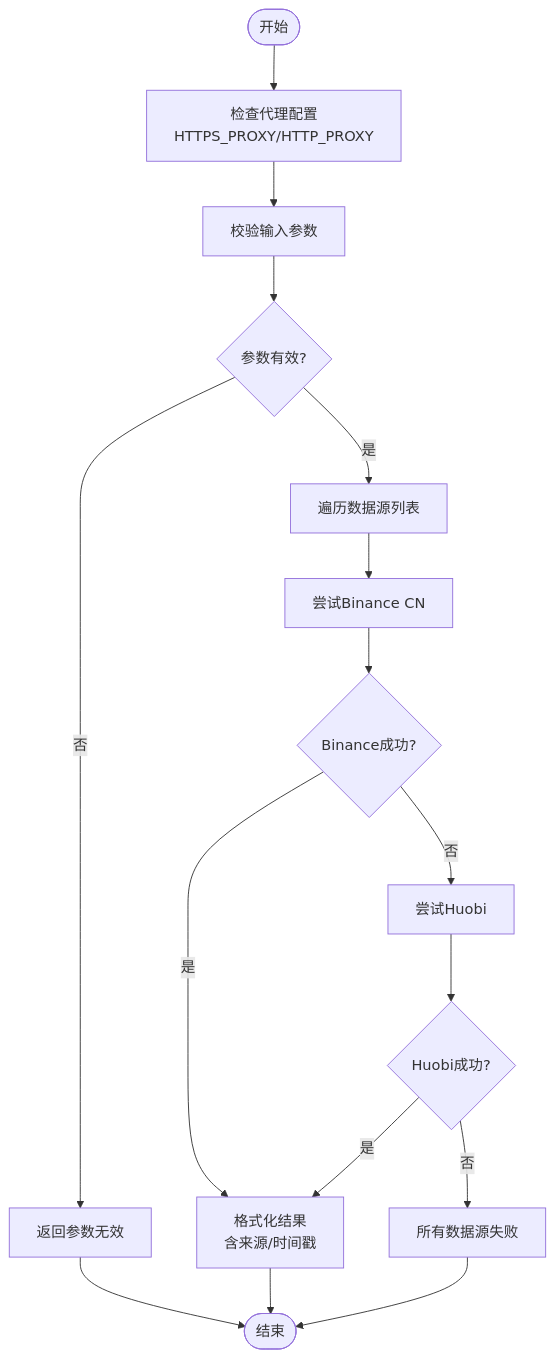
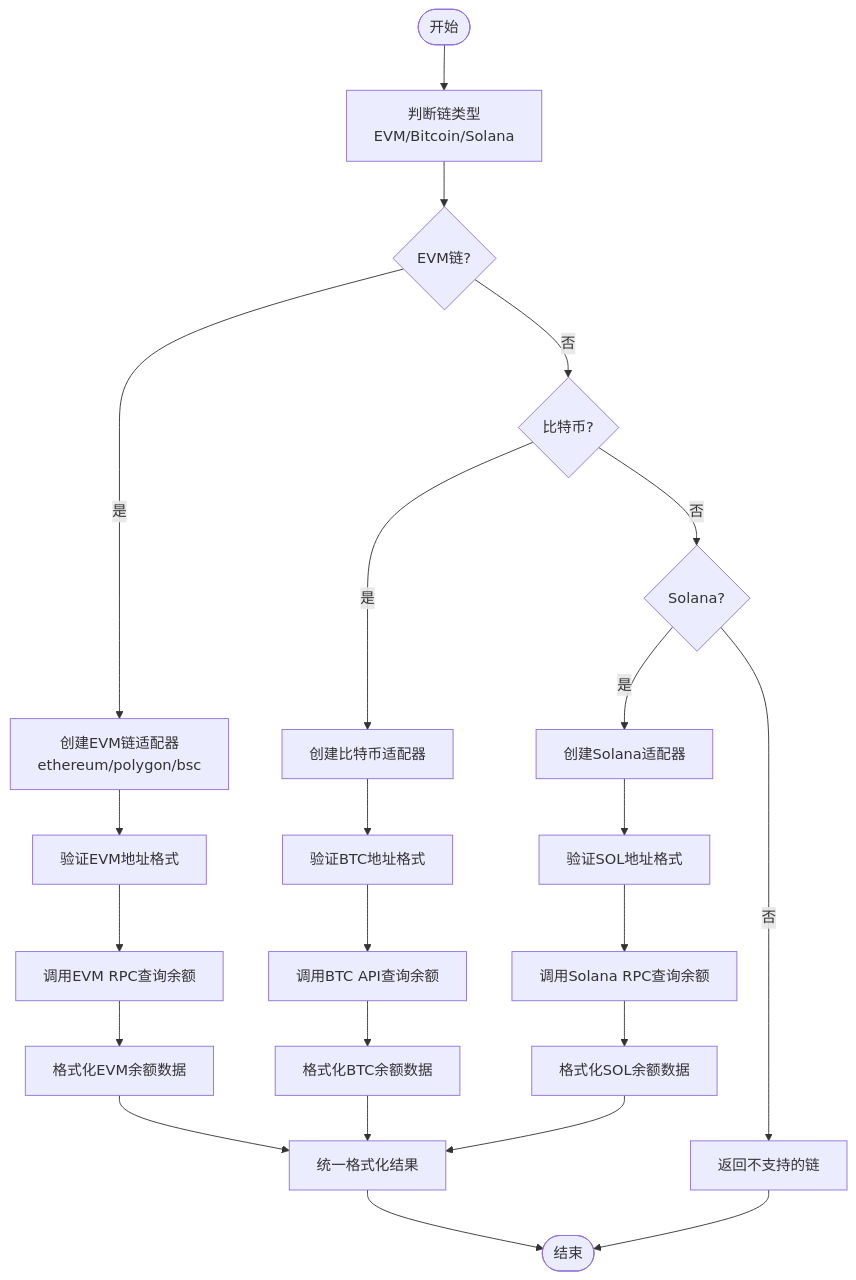
Before and after one commit to CryptoLinxu/Web3-AI-Agent: the fourth of 7 diagrams in .qoder/repowiki/zh/content/Web3工具集成/Web3工具集成.md, drawn with Mermaid. The commit also changed other lines of this file and 9 other files, not shown here.

````diff
--- a/.qoder/repowiki/zh/content/Web3工具集成/Web3工具集成.md
+++ b/.qoder/repowiki/zh/content/Web3工具集成/Web3工具集成.md
@@ -204,18 +240,25 @@
 ```mermaid
 flowchart TD
-Start(["开始"]) --> Proxy["检查代理配置<br/>HTTPS_PROXY/HTTP_PROXY"]
-Proxy --> Validate["校验输入参数"]
-Validate --> Valid{"参数有效?"}
-Valid --> |否| ErrParam["返回参数无效"]
-Valid --> |是| Loop["遍历数据源列表"]
-Loop --> TryBinance["尝试Binance CN"]
-TryBinance --> BinOk{"Binance成功?"}
-BinOk --> |是| Format["格式化结果<br/>含来源/时间戳"]
-BinOk --> |否| TryHuobi["尝试Huobi"]
-TryHuobi --> HuoOk{"Huobi成功?"}
-HuoOk --> |是| Format
-HuoOk --> |否| ErrAll["所有数据源失败"]
-ErrAll --> Done(["结束"])
-Format --> Done
-ErrParam --> Done
+Start(["开始"]) --> CheckChain["判断链类型<br/>EVM/Bitcoin/Solana"]
+CheckChain --> EVM{"EVM链?"}
+EVM --> |是| EVMAdapter["创建EVM链适配器<br/>ethereum/polygon/bsc"]
+EVM --> |否| Bitcoin{"比特币?"}
+Bitcoin --> |是| BTCAdapter["创建比特币适配器"]
+Bitcoin --> |否| Solana{"Solana?"}
+Solana --> |是| SOLAdapter["创建Solana适配器"]
+Solana --> |否| ErrChain["返回不支持的链"]
+EVMAdapter --> EVMValidate["验证EVM地址格式"]
+EVMValidate --> EVMQuery["调用EVM RPC查询余额"]
+EVMQuery --> EVMFormat["格式化EVM余额数据"]
+BTCAdapter --> BTCValidate["验证BTC地址格式"]
+BTCValidate --> BTCAPI["调用BTC API查询余额"]
+BTCAPI --> BTCFormat["格式化BTC余额数据"]
+SOLAdapter --> SOLValidate["验证SOL地址格式"]
+SOLValidate --> SOLRPC["调用Solana RPC查询余额"]
+SOLRPC --> SOLFormat["格式化SOL余额数据"]
+EVMFormat --> Format["统一格式化结果"]
+BTCFormat --> Format
+SOLFormat --> Format
+Format --> Done(["结束"])
+ErrChain --> Done
 ```
````
